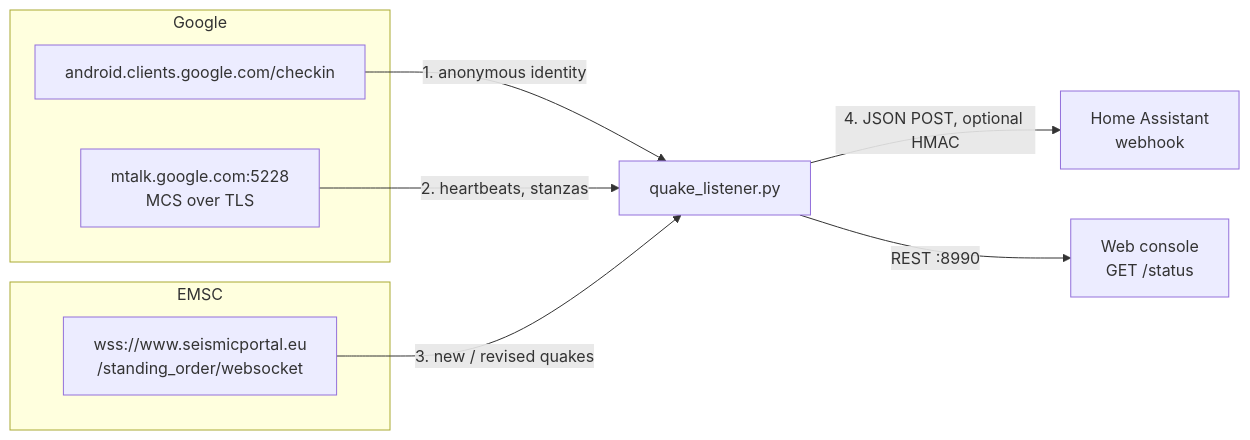
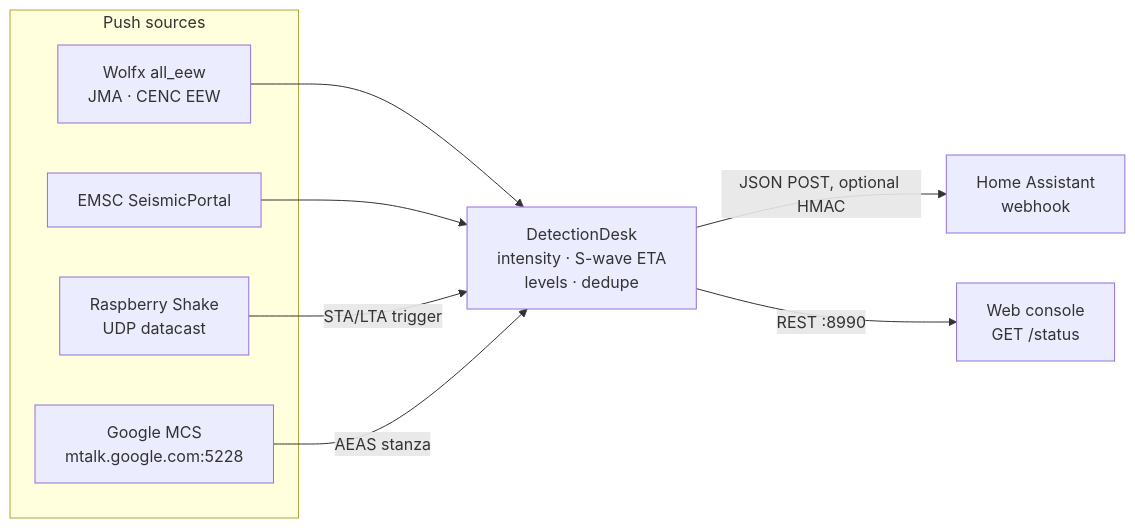
Before and after one commit to Juanipis/quake-alert-listener: the diagram in docs/HOW_IT_WORKS.md, drawn with Mermaid. The commit also changed other lines of this file and 3 other files, not shown here.

First line of the commit message:
docs: v2 sources, detection pipeline, HA countdown automation, credits

````diff
--- a/docs/HOW_IT_WORKS.md
+++ b/docs/HOW_IT_WORKS.md
@@ -11,18 +14,18 @@
 ```mermaid
 flowchart LR
-    subgraph Google
-      CK[android.clients.google.com/checkin]
-      MCS[mtalk.google.com:5228<br/>MCS over TLS]
+    subgraph Push sources
+      W[Wolfx all_eew<br/>JMA · CENC EEW]
+      E[EMSC SeismicPortal]
+      S[Raspberry Shake<br/>UDP datacast]
+      G[Google MCS<br/>mtalk.google.com:5228]
     end
-    subgraph EMSC
-      WS[wss://www.seismicportal.eu<br/>/standing_order/websocket]
-    end
-    B[quake_listener.py]
+    D[DetectionDesk<br/>intensity · S-wave ETA<br/>levels · dedupe]
     HA[Home Assistant<br/>webhook]
     WEB[Web console<br/>GET /status]
-    CK -- 1. anonymous identity --> B
-    MCS -- 2. heartbeats, stanzas --> B
-    WS -- 3. new / revised quakes --> B
-    B -- 4. JSON POST, optional HMAC --> HA
-    B -- REST :8990 --> WEB
+    W --> D
+    E --> D
+    S -- STA/LTA trigger --> D
+    G -- AEAS stanza --> D
+    D -- JSON POST, optional HMAC --> HA
+    D -- REST :8990 --> WEB
 ```
````
